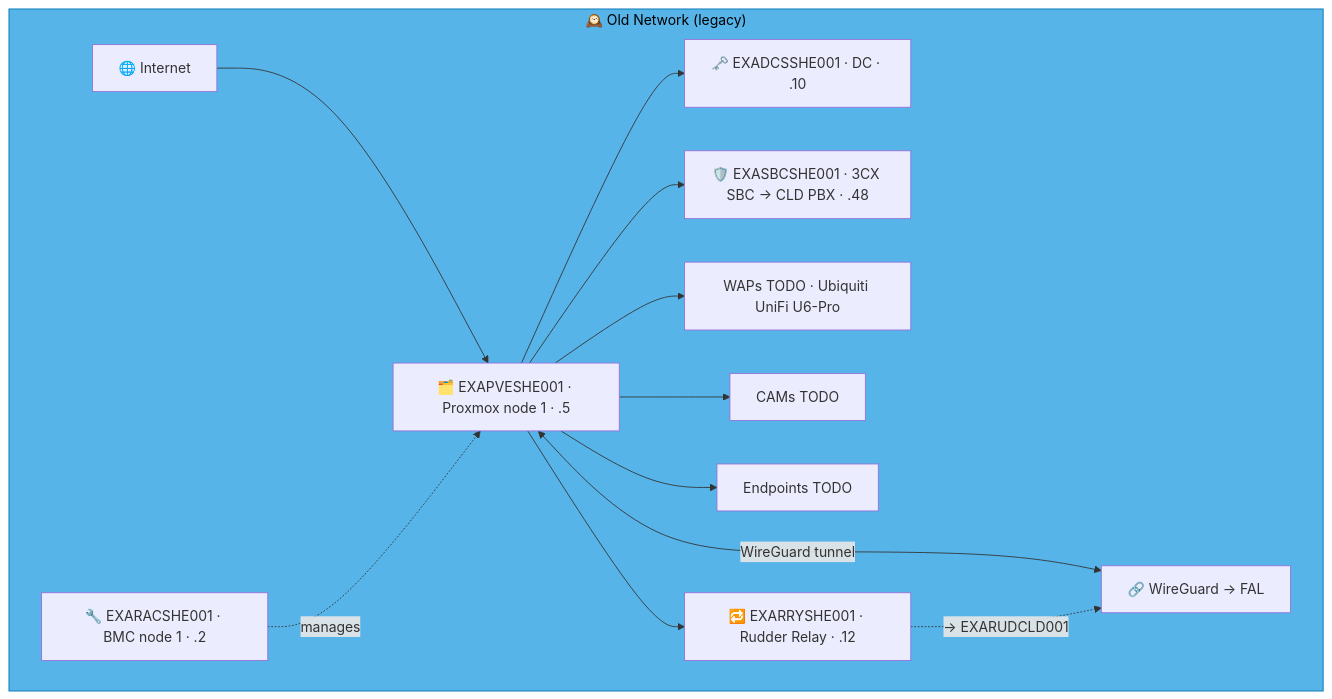
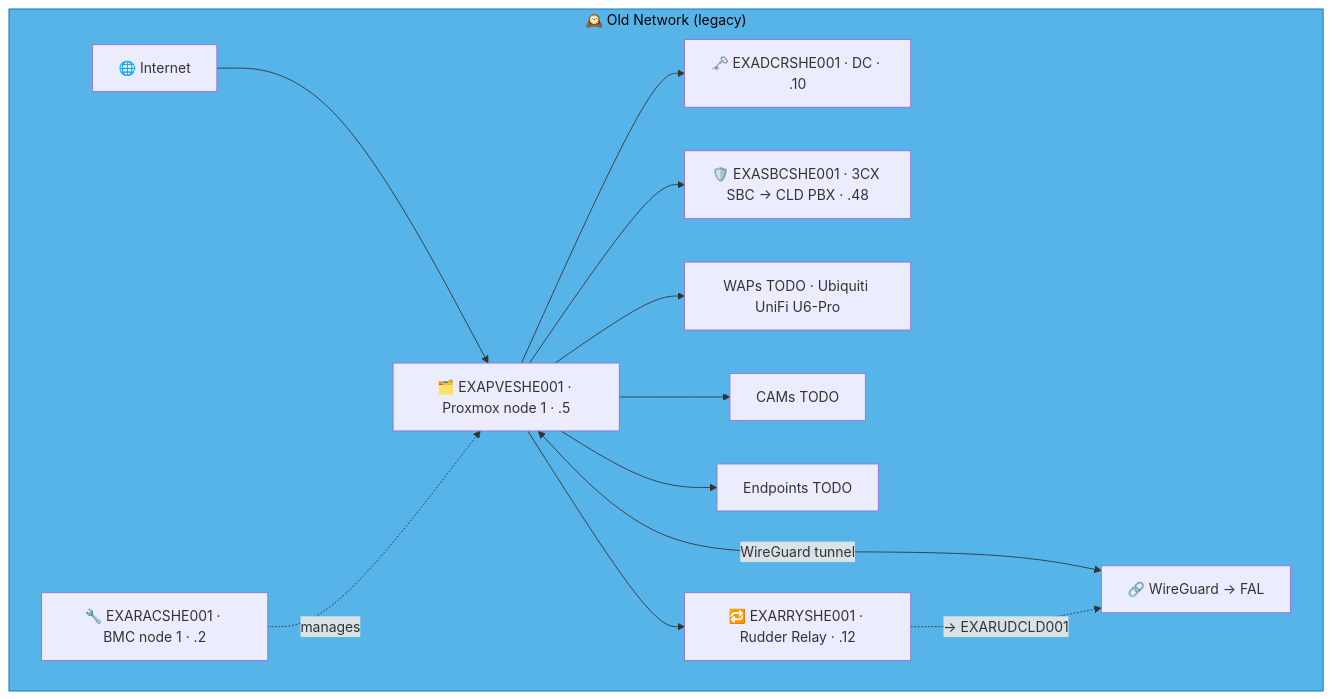
Before and after one commit to knightmare2600/example_music_infra: diagram 17 of 27 in docs/network-diagram/england.md, drawn with Mermaid. The commit also changed other lines of this file and 8 other files, not shown here.

````diff
--- a/docs/network-diagram/england.md
+++ b/docs/network-diagram/england.md
@@ -850,24 +835,24 @@
 ```mermaid
 graph TD
     subgraph OLD_SHE ["🕰️ Old Network (legacy)"]
       INET["🌐 Internet"]
       RAC["🔧 EXARACSHE001 · BMC node 1 · .2"]
       PVE["🗂️ EXAPVESHE001 · Proxmox node 1 · .5"]
-      DC["🗝️ EXADCSSHE001 · DC · .10"]
+      DC["🗝️ EXADCRSHE001 · DC · .10"]
       SBC["🛡️ EXASBCSHE001 · 3CX SBC → CLD PBX · .48"]
       RRY["🔁 EXARRYSHE001 · Rudder Relay · .12"]
       WAP["WAPs TODO · Ubiquiti UniFi U6-Pro"]
       CAM["CAMs TODO"]
       EP["Endpoints TODO"]
       VPN["🔗 WireGuard → FAL"]
 
       INET --> PVE --> DC & SBC
       RAC -.->|"manages"| PVE
       PVE --> WAP & CAM & EP
       PVE <-->|"WireGuard tunnel"| VPN
 
       PVE --> RRY
       RRY -. "→ EXARUDCLD001" .-> VPN
     end
     style OLD_SHE fill:#56B4E9,stroke:#0072B2,color:#000000
 ```
````
